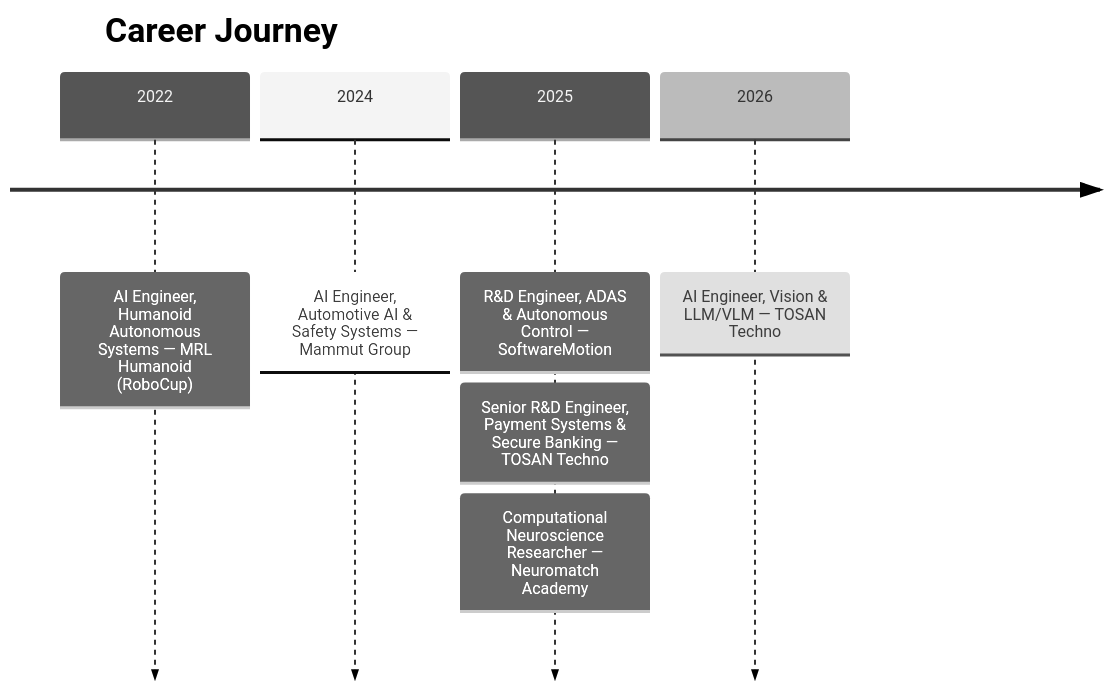
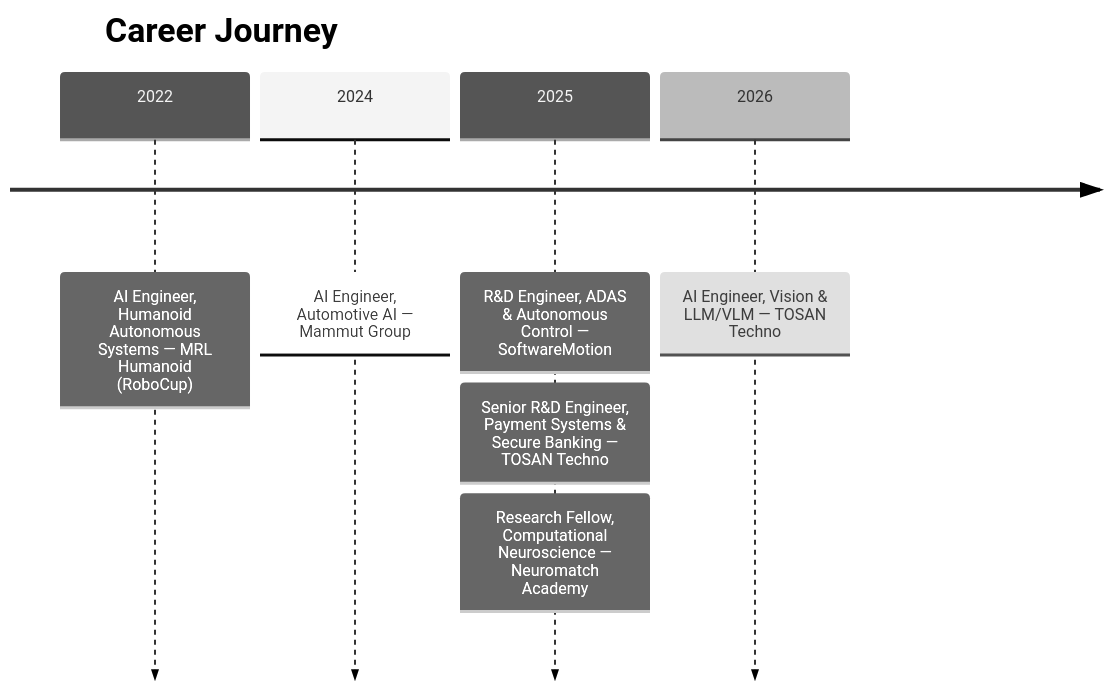
Before and after one commit to Awrsha/Awrsha: the first of 3 diagrams in README.md, drawn with Mermaid (neutral theme). The commit also changed other lines of this file, not shown here.

````diff
--- a/README.md
+++ b/README.md
@@ -84,10 +78,10 @@
 ```mermaid
 timeline
     title Career Journey
     2022 : AI Engineer, Humanoid Autonomous Systems — MRL Humanoid (RoboCup)
-    2024 : AI Engineer, Automotive AI & Safety Systems — Mammut Group
+    2024 : AI Engineer, Automotive AI — Mammut Group
     2025 : R&D Engineer, ADAS & Autonomous Control — SoftwareMotion
          : Senior R&D Engineer, Payment Systems & Secure Banking — TOSAN Techno
-         : Computational Neuroscience Researcher — Neuromatch Academy
+         : Research Fellow, Computational Neuroscience — Neuromatch Academy
     2026 : AI Engineer, Vision & LLM/VLM — TOSAN Techno
 ```
````
